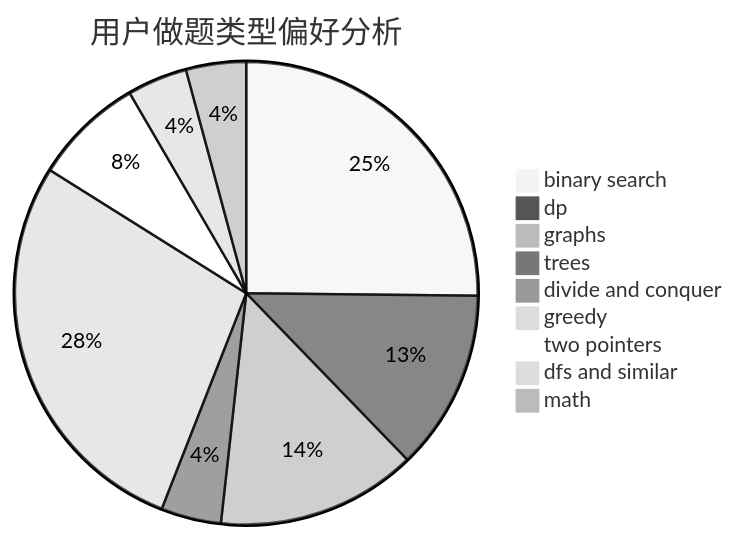
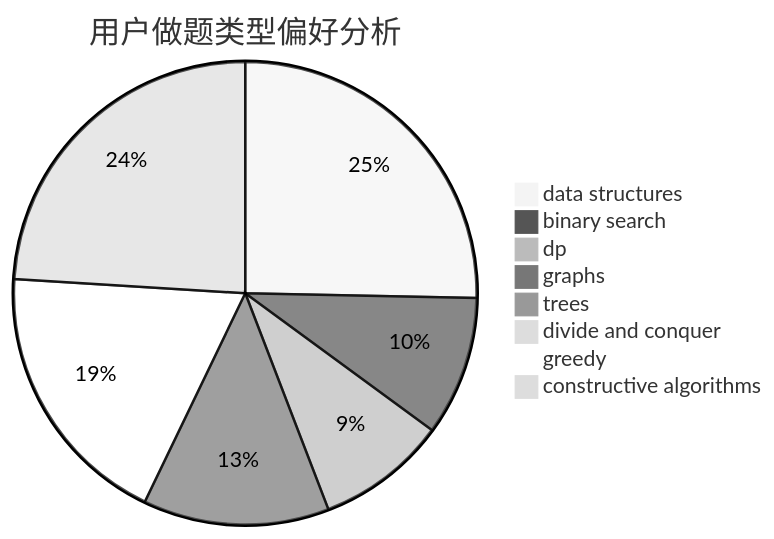
Before and after one commit to sherpahu/cfrs.github.io: the second of 3 diagrams in docs/user/u1152.md, drawn with Mermaid (neutral theme). The commit also changed other lines of this file and 2775 other files, not shown here.

````diff
--- a/docs/user/u1152.md
+++ b/docs/user/u1152.md
@@ -23,12 +23,11 @@
 ```mermaid
 pie title 用户做题类型偏好分析
-    "binary search" :  36
-    "dp" :  18
+    "data structures" :  39
+    "binary search" :  15
+    "dp" :  14
     "graphs" :  20
-    "trees" :  6
+    "trees" :  0
     "divide and conquer" :  0
-    "greedy" :  40
-    "two pointers" :  11
-    "dfs and similar" :  6
-    "math" :  6
+    "greedy" :  29
+    "constructive algorithms" :  37
 ```
````
